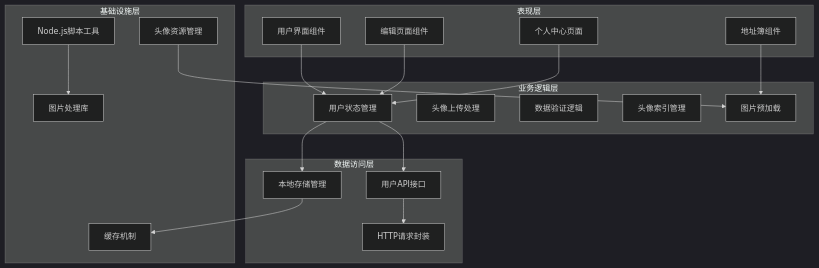
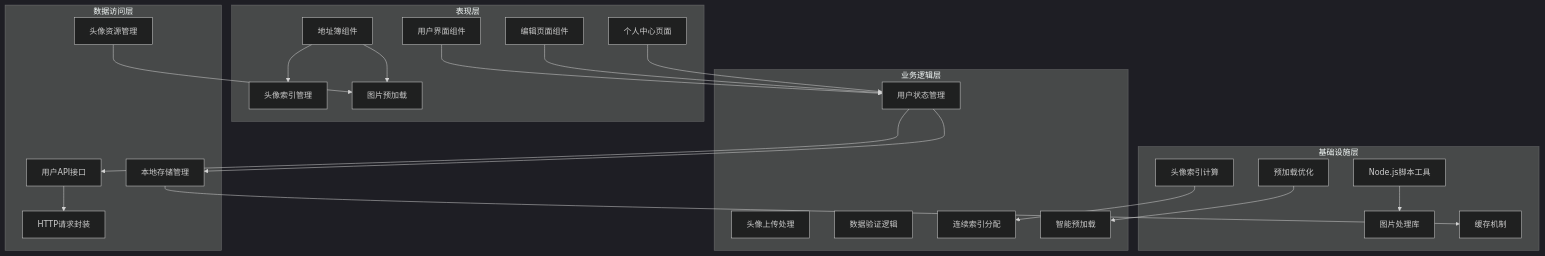
Before and after one commit to giserman001/vue3-vant4-mobile: the fifth of 10 diagrams in .qoder/repowiki/zh/content/核心系统/头像管理系统.md, drawn with Mermaid (dark theme). The commit also changed other lines of this file and 3 other files, not shown here.

````diff
--- a/.qoder/repowiki/zh/content/核心系统/头像管理系统.md
+++ b/.qoder/repowiki/zh/content/核心系统/头像管理系统.md
@@ -197,37 +205,44 @@
 ```mermaid
 graph TB
 subgraph "表现层"
 A[用户界面组件]
 B[编辑页面组件]
 C[个人中心页面]
 D[地址簿组件]
+E[头像索引管理]
+F[图片预加载]
 end
 subgraph "业务逻辑层"
-E[用户状态管理]
-F[头像上传处理]
-G[数据验证逻辑]
-H[头像索引管理]
-I[图片预加载]
+G[用户状态管理]
+H[头像上传处理]
+I[数据验证逻辑]
+J[连续索引分配]
+K[智能预加载]
 end
 subgraph "数据访问层"
-J[用户API接口]
-K[HTTP请求封装]
-L[本地存储管理]
+L[用户API接口]
+M[HTTP请求封装]
+N[本地存储管理]
+O[头像资源管理]
 end
 subgraph "基础设施层"
-M[Node.js脚本工具]
-N[图片处理库]
-O[缓存机制]
-P[头像资源管理]
+P[Node.js脚本工具]
+Q[图片处理库]
+R[缓存机制]
+S[头像索引计算]
+T[预加载优化]
 end
-A --> E
-B --> E
-C --> E
-D --> I
-E --> J
-J --> K
-E --> L
-M --> N
-L --> O
-P --> I
+A --> G
+B --> G
+C --> G
+D --> F
+D --> E
+G --> L
+L --> M
+G --> N
+P --> Q
+N --> R
+O --> F
+S --> J
+T --> K
 ```
````
